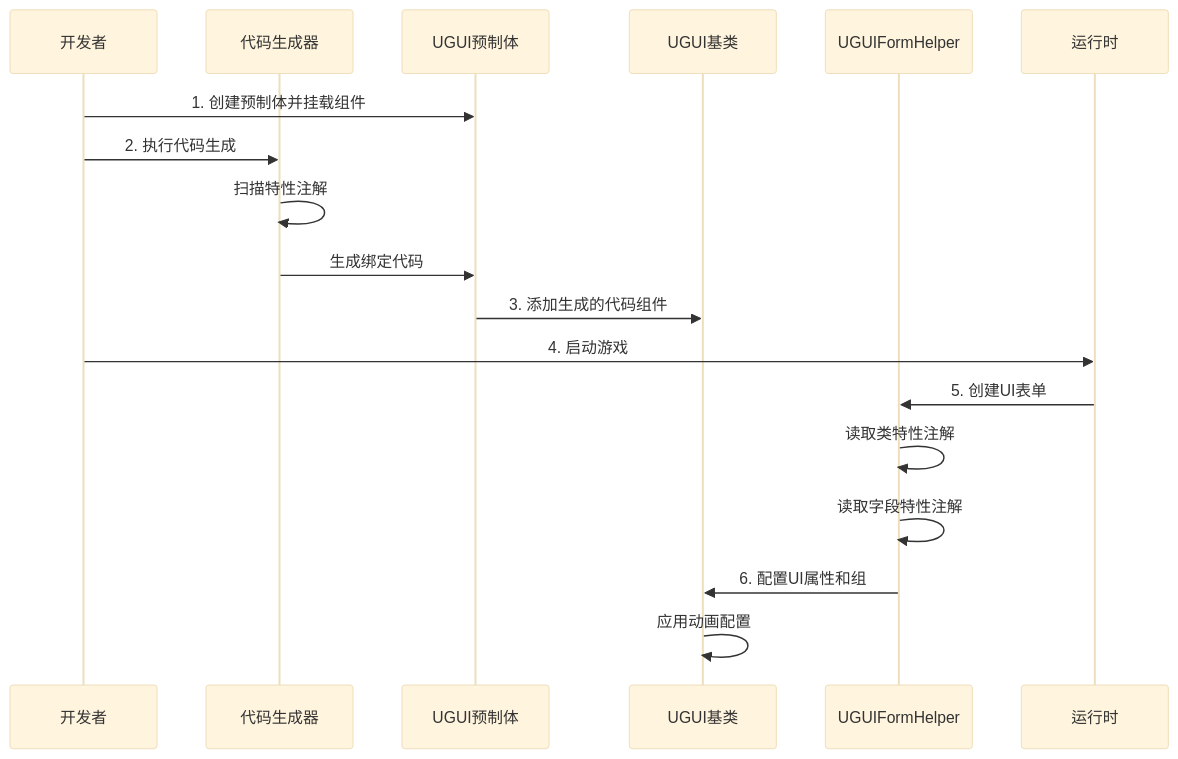
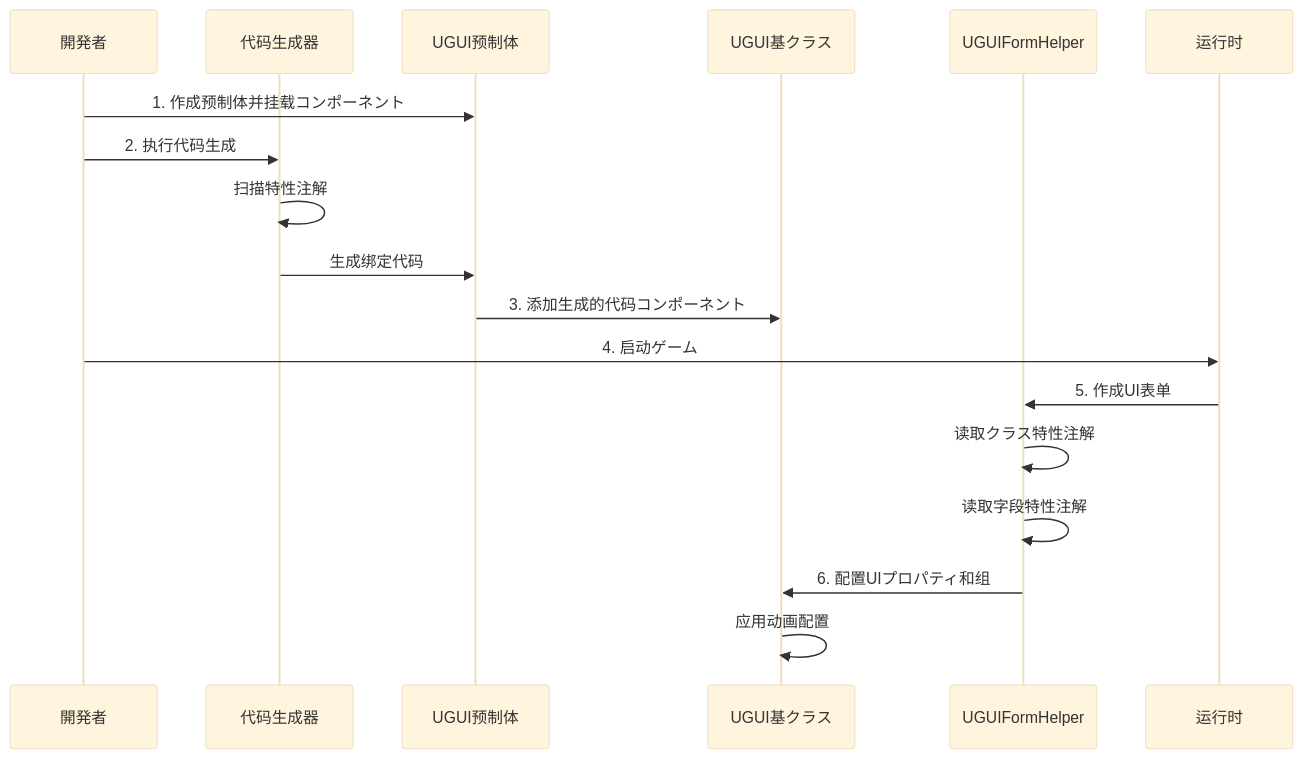
The second of 2 diagrams in docs/ja/client/unity/component/ui-ugui/14.configuration.md (AlianBlank/GameFrameX.Docs), drawn with Mermaid (base theme) before and after one commit. The commit also changed other lines of this file and 603 other files, not shown here.

````diff
--- a/docs/ja/client/unity/component/ui-ugui/14.configuration.md
+++ b/docs/ja/client/unity/component/ui-ugui/14.configuration.md
@@ -61,21 +61,21 @@
 ```mermaid
 sequenceDiagram
-    participant Dev as 开发者
+    participant Dev as 開発者
     participant UCG as 代码生成器
     participant Prefab as UGUI预制体
-    participant UGUI as UGUI基类
+    participant UGUI as UGUI基クラス
     participant UFH as UGUIFormHelper
     participant Runtime as 运行时
 
-    Dev->>Prefab: 1. 创建预制体并挂载组件
+    Dev->>Prefab: 1. 作成预制体并挂载コンポーネント
     Dev->>UCG: 2. 执行代码生成
     UCG->>UCG: 扫描特性注解
     UCG->>Prefab: 生成绑定代码
-    Prefab->>UGUI: 3. 添加生成的代码组件
-    Dev->>Runtime: 4. 启动游戏
-    Runtime->>UFH: 5. 创建UI表单
-    UFH->>UFH: 读取类特性注解
+    Prefab->>UGUI: 3. 添加生成的代码コンポーネント
+    Dev->>Runtime: 4. 启动ゲーム
+    Runtime->>UFH: 5. 作成UI表单
+    UFH->>UFH: 读取クラス特性注解
     UFH->>UFH: 读取字段特性注解
-    UFH->>UGUI: 6. 配置UI属性和组
+    UFH->>UGUI: 6. 配置UIプロパティ和组
     UGUI->>UGUI: 应用动画配置
 ```
````
